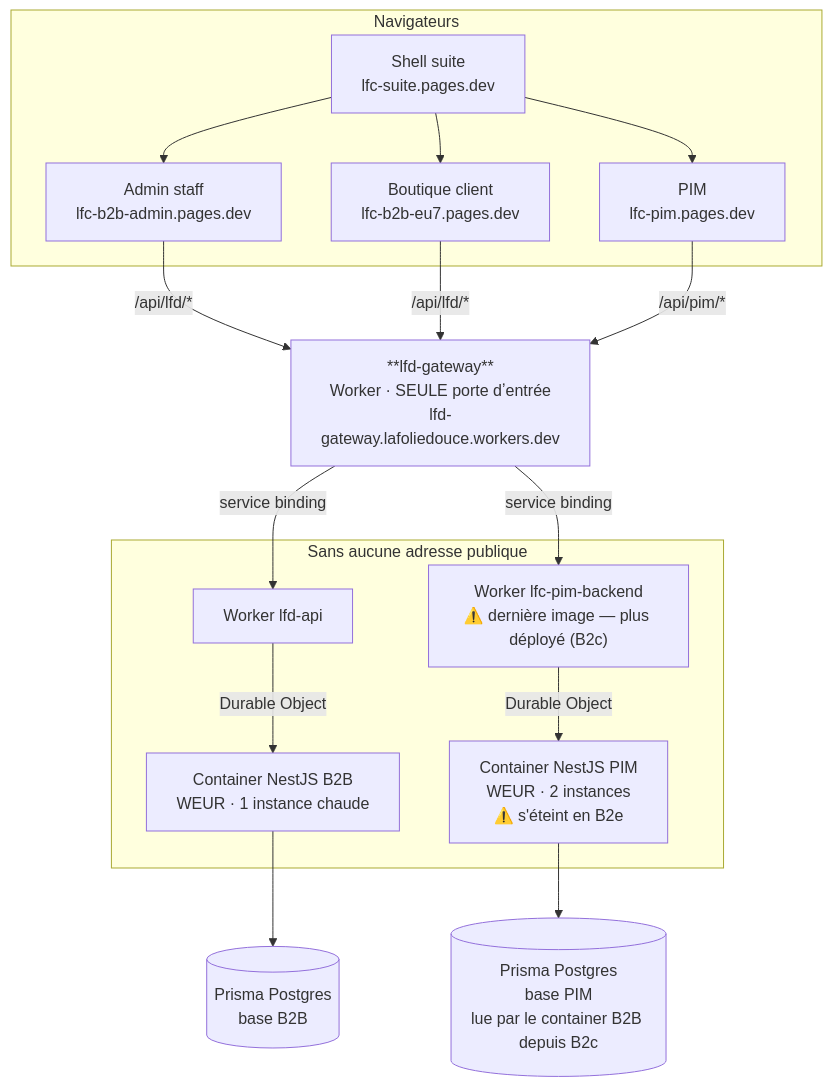
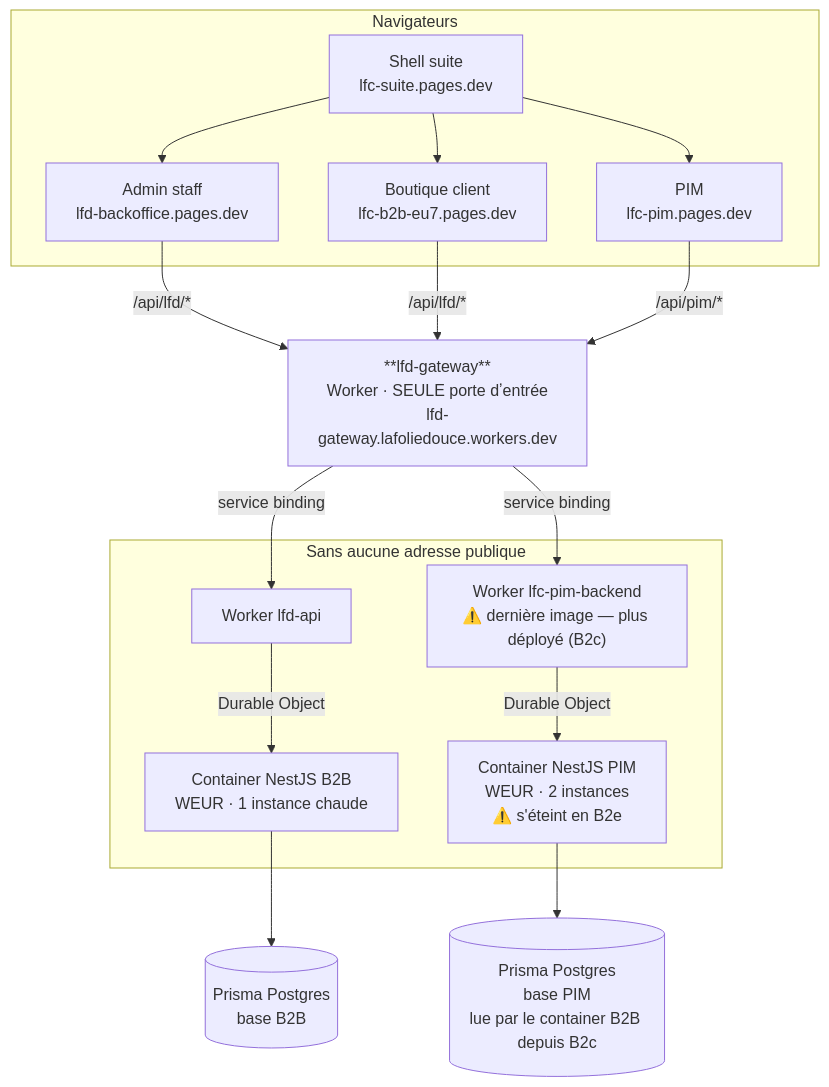
One commit to hugoheynard/lfd changed the first of 3 diagrams in documentation/ops/architecture-deploiement.md. Above: the diagram before and after it, drawn with Mermaid. The commit also changed 4 other files, not shown here.

````diff
--- a/documentation/ops/architecture-deploiement.md
+++ b/documentation/ops/architecture-deploiement.md
@@ -11,33 +11,33 @@
 ```mermaid
 flowchart TB
     subgraph nav["Navigateurs"]
-        A["Admin staff<br/>lfc-b2b-admin.pages.dev"]
+        A["Admin staff<br/>lfd-backoffice.pages.dev"]
         B["Boutique client<br/>lfc-b2b-eu7.pages.dev"]
         P["PIM<br/>lfc-pim.pages.dev"]
         S["Shell suite<br/>lfc-suite.pages.dev"]
     end
 
     GW["**lfd-gateway**<br/>Worker · SEULE porte dʼentrée<br/>lfd-gateway.lafoliedouce.workers.dev"]
 
     subgraph prive["Sans aucune adresse publique"]
         WB["Worker lfd-api"]
         WP["Worker lfc-pim-backend<br/>⚠️ dernière image — plus déployé (B2c)"]
         CB["Container NestJS B2B<br/>WEUR · 1 instance chaude"]
         CP["Container NestJS PIM<br/>WEUR · 2 instances<br/>⚠️ s'éteint en B2e"]
     end
 
     DBB[("Prisma Postgres<br/>base B2B")]
     DBP[("Prisma Postgres<br/>base PIM<br/>lue par le container B2B depuis B2c")]
 
     A -->|"/api/lfd/*"| GW
     B -->|"/api/lfd/*"| GW
     P -->|"/api/pim/*"| GW
     S --> A & B & P
 
     GW -->|service binding| WB
     GW -->|service binding| WP
     WB -->|Durable Object| CB
     WP -->|Durable Object| CP
     CB --> DBB
     CP --> DBP
 ```
````
